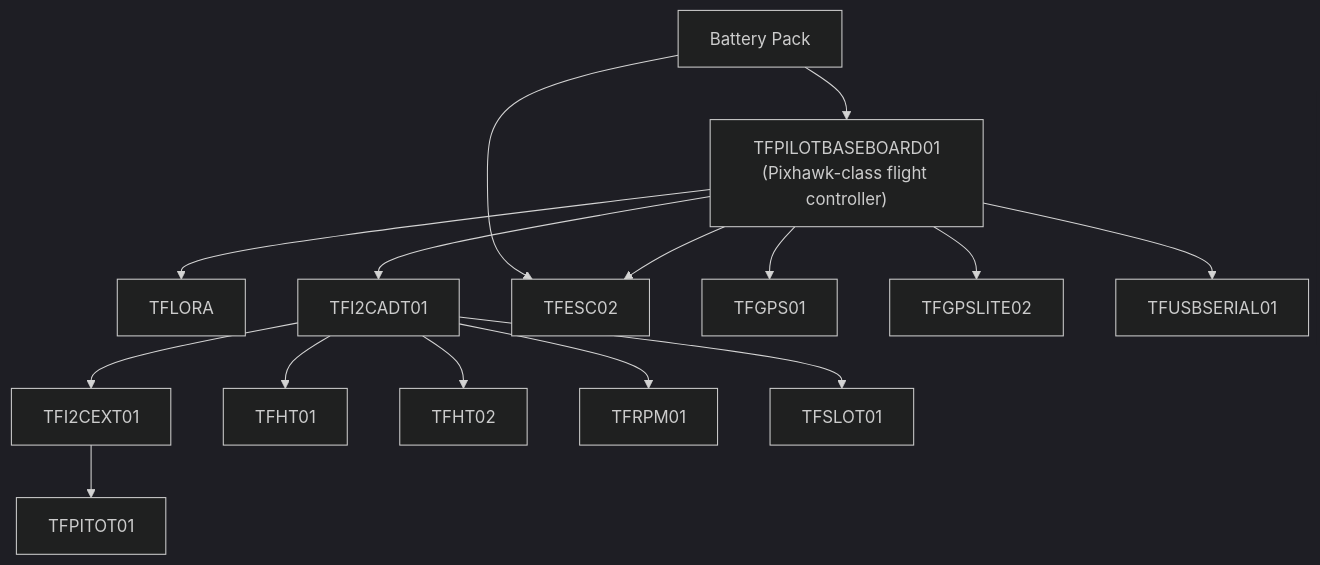
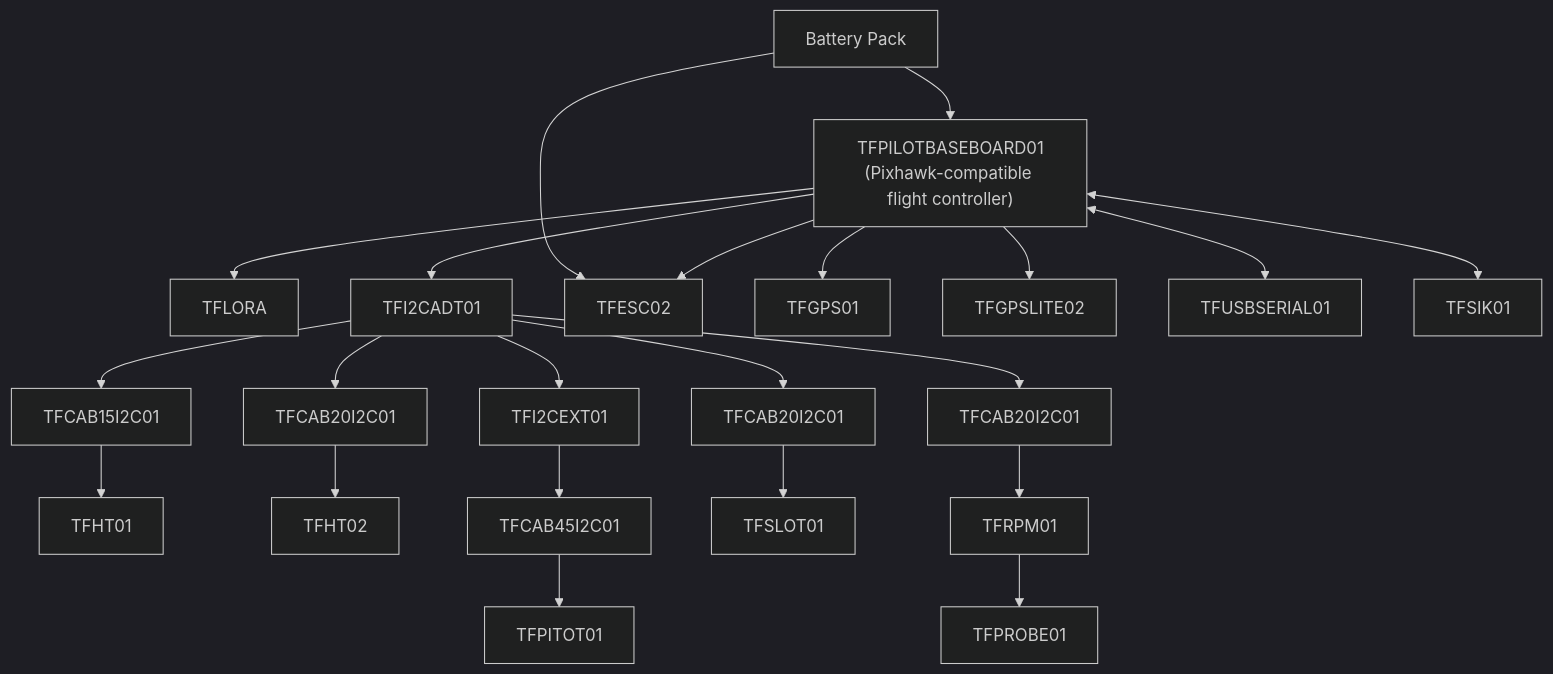
The diagram in avionics/index.md (ThunderFly-aerospace/docs), drawn with Mermaid (dark theme) before and after one commit. The commit also changed other lines of this file, not shown here.

Commit message:
Improve diagram in avionics connections.

````diff
--- a/avionics/index.md
+++ b/avionics/index.md
@@ -16,8 +16,9 @@
 ```mermaid
 flowchart TD
 
+
 %% Nodes
-FC["TFPILOTBASEBOARD01<br/>(Pixhawk-class flight controller)"]
+FC["TFPILOTBASEBOARD01<br/>(Pixhawk-compatible flight controller)"]
 TFLORA[TFLORA]
 TFI2CADT01[TFI2CADT01]
 TFESC02[TFESC02]
@@ -30,7 +31,17 @@
 TFGPS01[TFGPS01]
 TFGPSLITE02[TFGPSLITE02]
 TFUSBSERIAL01[TFUSBSERIAL01]
+TFSIK01[TFSIK01]
+TFPROBE01[TFPROBE01]
 BATT[Battery Pack]
+
+
+%% Point-to-point cable instances (unique IDs, same visible label)
+CAB15_HT01["TFCAB15I2C01"]
+CAB20_HT02["TFCAB20I2C01"]
+CAB20_RPM["TFCAB20I2C01"]
+CAB20_SLOT["TFCAB20I2C01"]
+CAB45_PITOT["TFCAB45I2C01"]
 
 
 %% Edges (plain)
@@ -40,25 +51,33 @@
 
 
 TFI2CADT01 --> TFI2CEXT01
-TFI2CEXT01 --> TFPITOT01
 
 
-TFI2CADT01 --> TFHT01
-TFI2CADT01 --> TFHT02
-TFI2CADT01 --> TFRPM01
-TFI2CADT01 --> TFSLOT01
+%% Sensors over dedicated cables
+TFI2CADT01 --> CAB15_HT01 --> TFHT01
+TFI2CADT01 --> CAB20_HT02 --> TFHT02
+TFI2CADT01 --> CAB20_RPM --> TFRPM01
+TFI2CADT01 --> CAB20_SLOT --> TFSLOT01
+TFI2CEXT01 --> CAB45_PITOT --> TFPITOT01
 
 
+%% Probe on TFRPM01
+TFRPM01 --> TFPROBE01
+
+
+%% Other peripherals
 FC --> TFGPS01
 FC --> TFGPSLITE02
-FC --> TFUSBSERIAL01
+FC <--> TFUSBSERIAL01
+FC <--> TFSIK01
 
 
+%% Power
 BATT --> FC
 BATT --> TFESC02
 
 
-%% Clickable docs (modules only)
+%% Clickable docs
 click TFLORA "https://docs.thunderfly.cz/avionics/TFLORA/" "TFLORA Documentation"
 click TFI2CADT01 "https://docs.thunderfly.cz/avionics/TFI2CADT01/" "TFI2CADT01 Documentation"
 click TFI2CEXT01 "https://docs.thunderfly.cz/avionics/TFI2CEXT01/" "TFI2CEXT01 Documentation"
@@ -66,8 +85,16 @@
 click TFHT01 "https://docs.thunderfly.cz/avionics/TFHT01/" "TFHT01 Documentation"
 click TFHT02 "https://docs.thunderfly.cz/avionics/TFHT02/" "TFHT02 Documentation"
 click TFRPM01 "https://docs.thunderfly.cz/avionics/TFRPM01/" "TFRPM01 Documentation"
+click TFPROBE01 "https://docs.thunderfly.cz/avionics/TFRPM01/probe#tfprobe01a---omnipolar-magnetic-and-reflective-optical-sensor-probe" "TFPROBE01 Documentation"
 click TFSLOT01 "https://docs.thunderfly.cz/avionics/TFSLOT01/" "TFSLOT01 Documentation"
 click TFGPS01 "https://docs.thunderfly.cz/avionics/TFGPS01/" "TFGPS01 Documentation"
 click TFGPSLITE02 "https://docs.thunderfly.cz/avionics/TFGPSLITE02/" "TFGPSLITE02 Documentation"
 click TFUSBSERIAL01 "https://docs.thunderfly.cz/avionics/TFUSBSERIAL01/" "TFUSBSERIAL01 Documentation"
+click TFSIK01 "https://docs.thunderfly.cz/avionics/TFSIK01/" "TFSIK01 Documentation"
+click TFESC02 "https://docs.thunderfly.cz/avionics/TFESC02/" "TFESC02 Documentation"
+click CAB15_HT01 "https://docs.thunderfly.cz/avionics/TFCAB01/" "Cables Documentation"
+click CAB20_HT02 "https://docs.thunderfly.cz/avionics/TFCAB01/" "Cables Documentation"
+click CAB20_RPM "https://docs.thunderfly.cz/avionics/TFCAB01/" "Cables Documentation"
+click CAB20_SLOT "https://docs.thunderfly.cz/avionics/TFCAB01/" "Cables Documentation"
+click CAB45_PITOT "https://docs.thunderfly.cz/avionics/TFCAB01/" "Cables Documentation"
 ```
````
